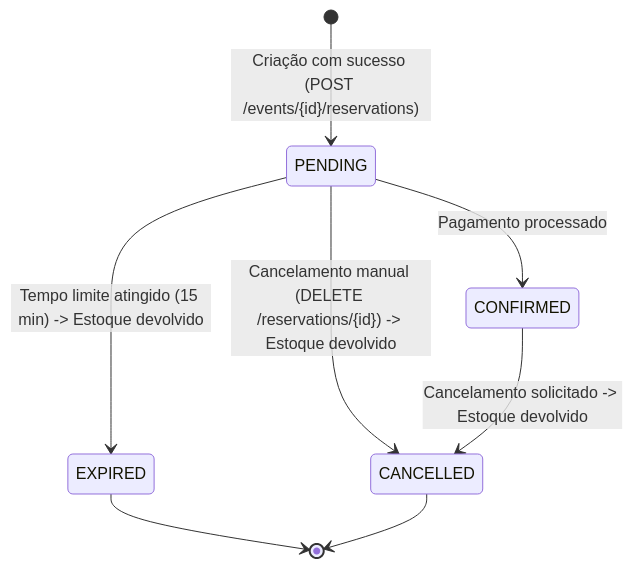
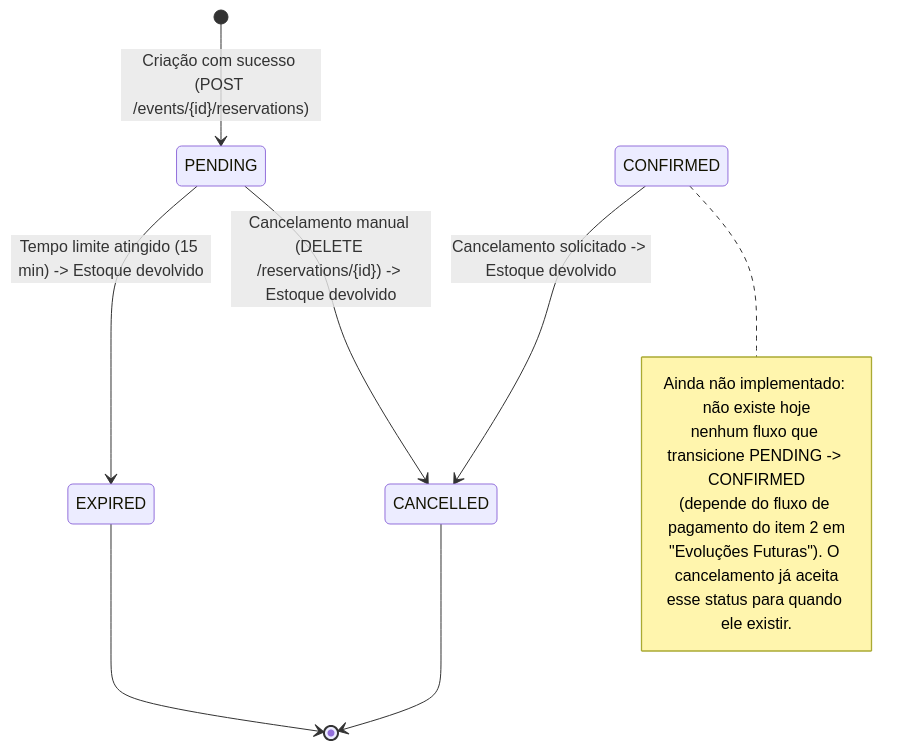
Before and after one commit to lucianorod/flash-booking: the second of 2 diagrams in README.md, drawn with Mermaid. The commit also changed other lines of this file, not shown here.

````diff
--- a/README.md
+++ b/README.md
@@ -94,13 +94,20 @@
 ```mermaid
 stateDiagram-v2
     [*] --> PENDING: Criação com sucesso (POST /events/{id}/reservations)
     
-    PENDING --> CONFIRMED: Pagamento processado
     PENDING --> EXPIRED: Tempo limite atingido (15 min) -> Estoque devolvido
     PENDING --> CANCELLED: Cancelamento manual (DELETE /reservations/{id}) -> Estoque devolvido
     
     CONFIRMED --> CANCELLED: Cancelamento solicitado -> Estoque devolvido
     
     EXPIRED --> [*]
     CANCELLED --> [*]
+
+    note right of CONFIRMED
+        Ainda não implementado: não existe hoje
+        nenhum fluxo que transicione PENDING -> CONFIRMED
+        (depende do fluxo de pagamento do item 2 em
+        "Evoluções Futuras"). O cancelamento já aceita
+        esse status para quando ele existir.
+    end note
 ```
````
